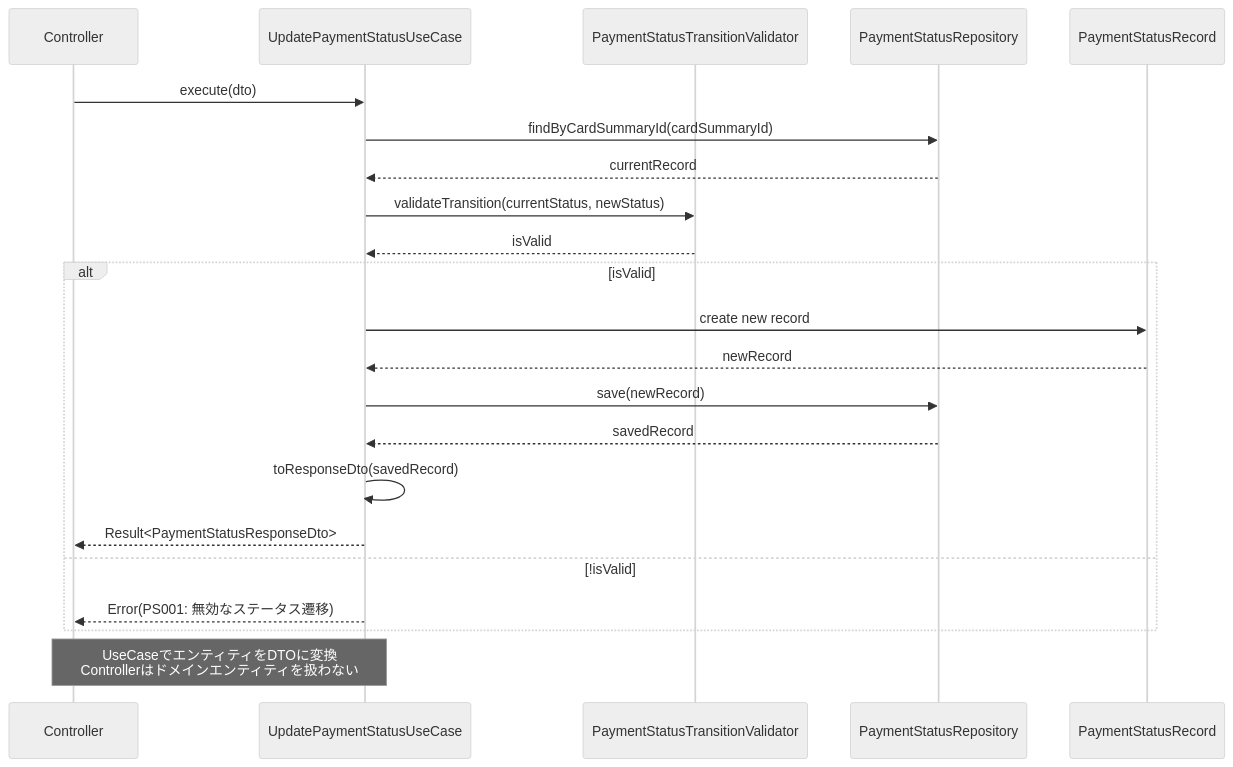
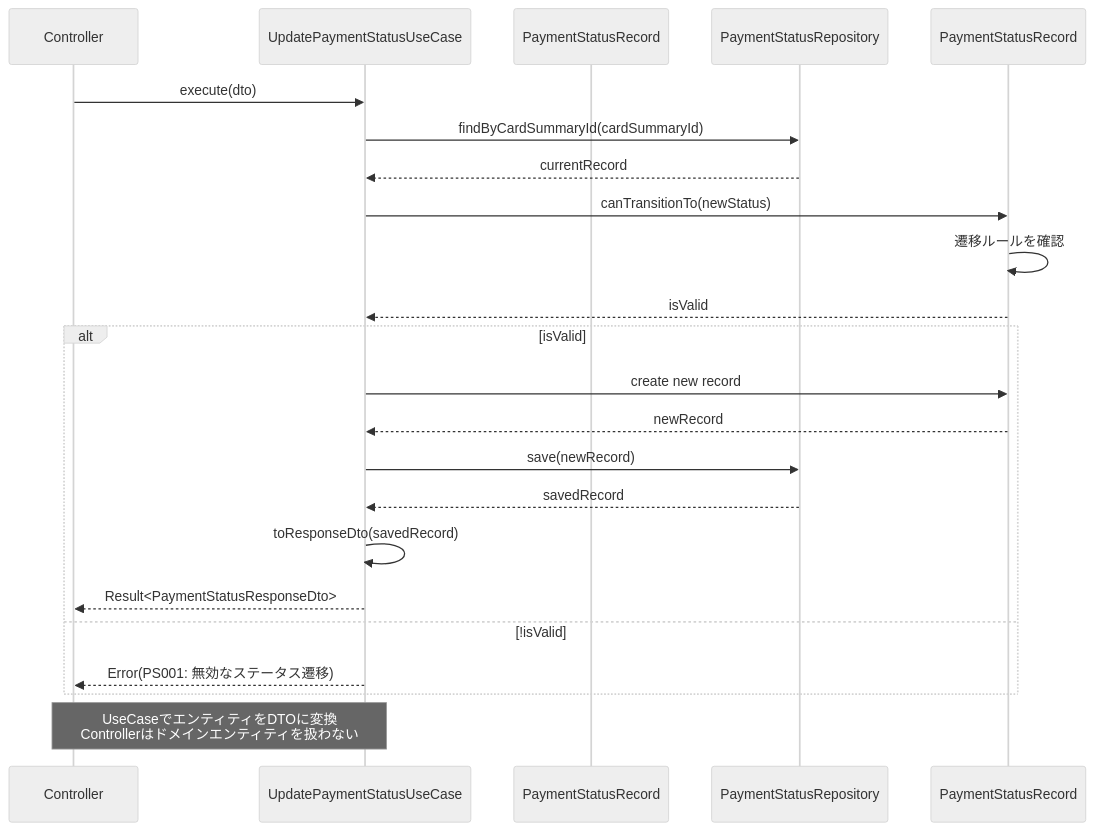
The seventh of 7 diagrams in docs/detailed-design/FR-014_payment-status-management/class-diagrams.md (kencom2400/account-book), drawn with Mermaid (neutral theme) before and after one commit. The commit also changed other lines of this file and 3 other files, not shown here.

````diff
--- a/docs/detailed-design/FR-014_payment-status-management/class-diagrams.md
+++ b/docs/detailed-design/FR-014_payment-status-management/class-diagrams.md
@@ -543,26 +542,27 @@
 ```mermaid
 sequenceDiagram
     participant C as Controller
     participant U as UpdatePaymentStatusUseCase
-    participant V as PaymentStatusTransitionValidator
+    participant Entity as PaymentStatusRecord
     participant R as PaymentStatusRepository
     participant E as PaymentStatusRecord
 
     C->>U: execute(dto)
     U->>R: findByCardSummaryId(cardSummaryId)
     R-->>U: currentRecord
-    U->>V: validateTransition(currentStatus, newStatus)
-    V-->>U: isValid
+    U->>E: canTransitionTo(newStatus)
+    E->>E: 遷移ルールを確認
+    E-->>U: isValid
     alt isValid
         U->>E: create new record
         E-->>U: newRecord
         U->>R: save(newRecord)
         R-->>U: savedRecord
         U->>U: toResponseDto(savedRecord)
         U-->>C: Result<PaymentStatusResponseDto>
     else !isValid
         U-->>C: Error(PS001: 無効なステータス遷移)
     end
 
     Note over U,C: UseCaseでエンティティをDTOに変換<br/>Controllerはドメインエンティティを扱わない
 ```
````
